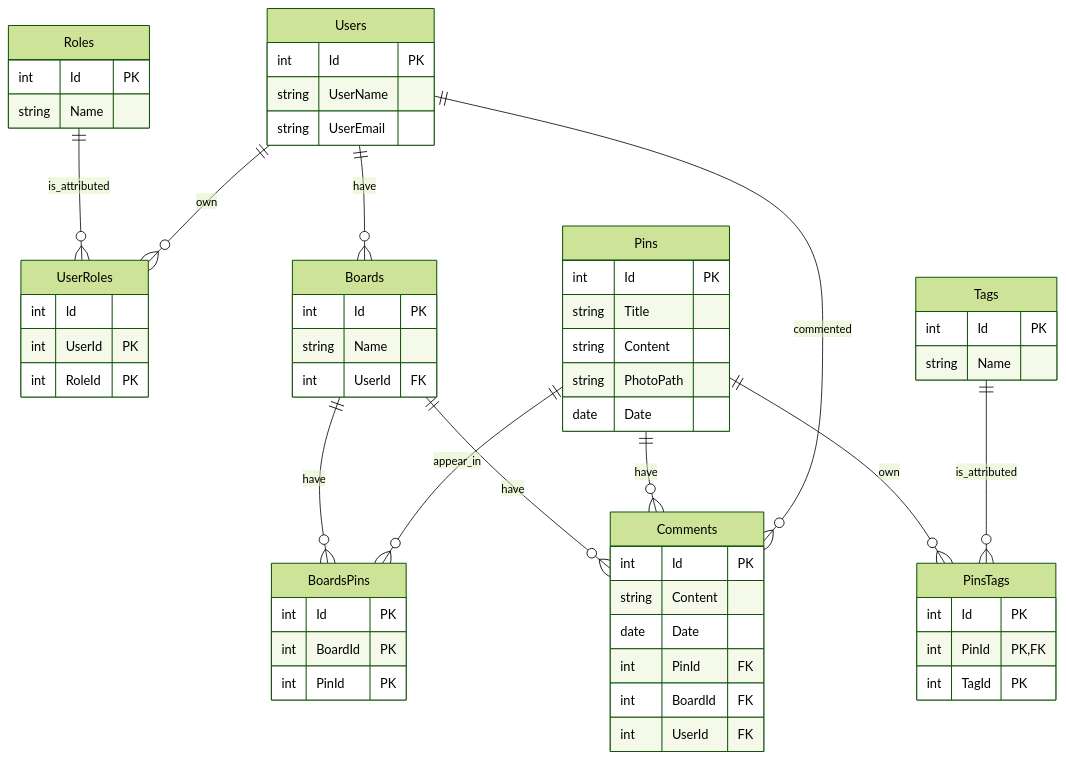
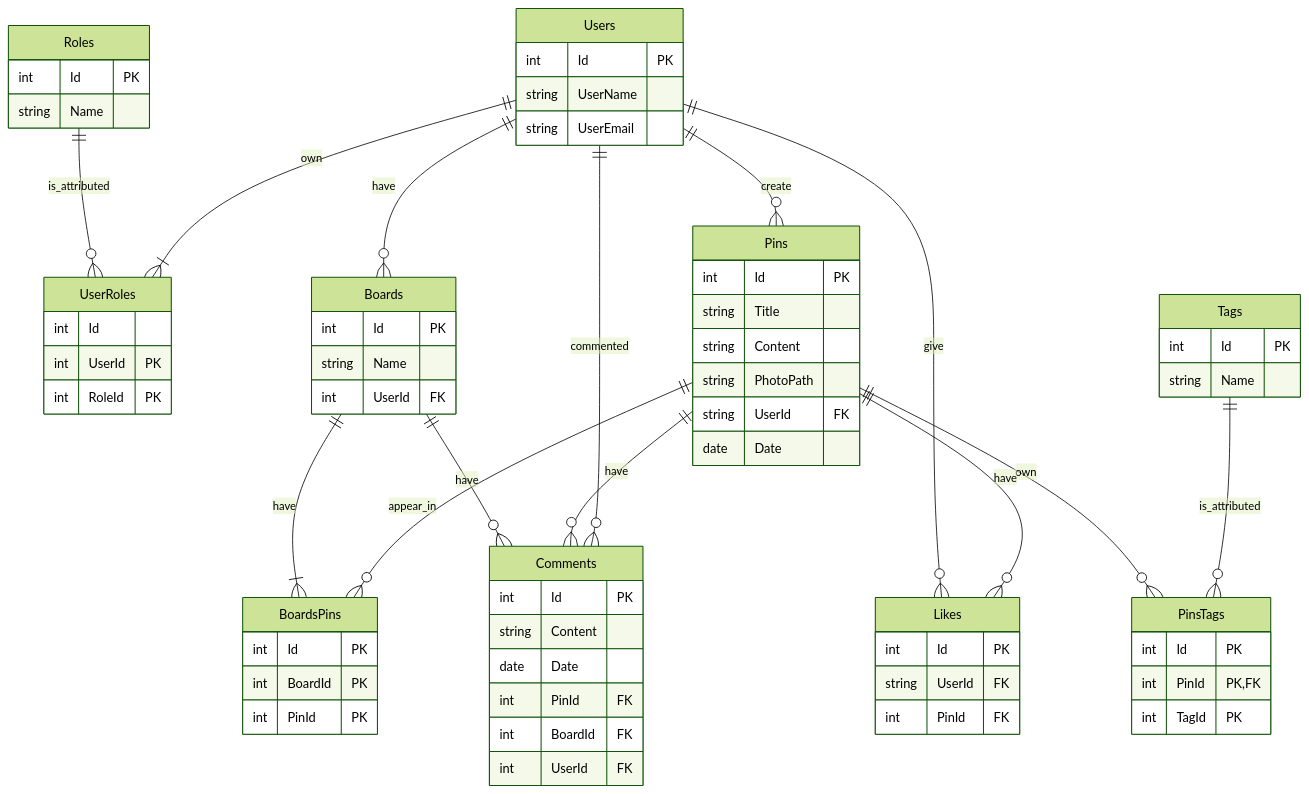
Before and after one commit to vladc15/SaveIt: the diagram in README.md, drawn with Mermaid (forest theme). The commit also changed other lines of this file, not shown here.

Commit message:
Update README.md
Updated Diagram

````diff
--- a/README.md
+++ b/README.md
@@ -2,68 +3,80 @@
 ```mermaid
 erDiagram
     Roles ||--o{ UserRoles : is_attributed
     Roles {
         int Id PK
         string Name
     }
-    Users ||--o{ UserRoles : own
+    
+    Users ||--|{ UserRoles : own
     Users ||--o{ Boards : have
+    Users ||--o{ Likes : give
     Users {
         int Id PK
         string UserName
         string UserEmail
     }
-
+    Likes {
+        int Id  PK
+        string UserId FK
+        int PinId FK
+    }
+    Users ||--o{ Pins : create
+    
     UserRoles {
         int Id
         int UserId PK
         int RoleId PK
     }
-    Boards ||--o{ BoardsPins : have
+    Boards ||--|{ BoardsPins : have
     Boards ||--o{ Comments : have
     Pins ||--o{ Comments : have
     Users ||--o{Comments : commented
 
     Comments {
         int Id PK
         string Content
         date Date
         int PinId FK
         int BoardId FK
         int UserId FK
     }
     
 
     Boards {
         int Id PK
         string Name
         int UserId FK
     }
     
     
     Pins ||--o{ PinsTags : own
     Pins ||--o{ BoardsPins : appear_in
+    Pins ||--o{ Likes : have
     Pins {
         int Id PK
         string Title
         string Content
         string PhotoPath
+        string UserId FK
         date Date
     }
+    
+    
     PinsTags {
         int Id PK
         int PinId PK, FK
         int TagId PK
     }
     BoardsPins {
         int Id PK
         int BoardId PK
         int PinId PK
     }
 
     Tags ||--o{ PinsTags : is_attributed
     Tags {
         int Id PK
         string Name
     }
 ```
````
